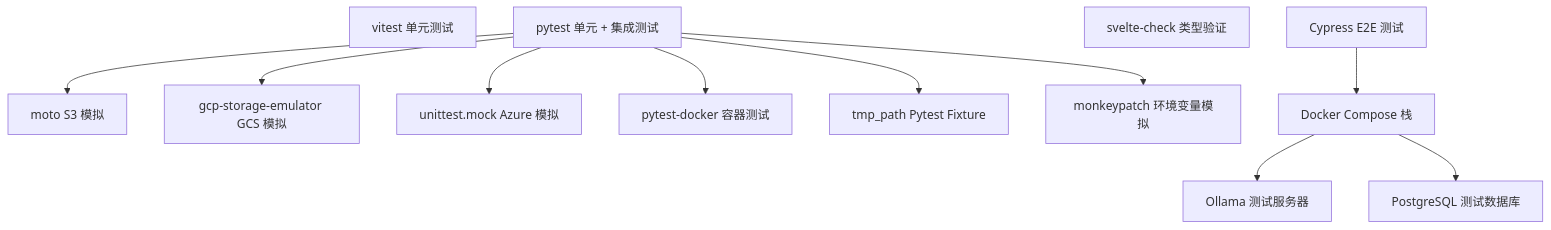
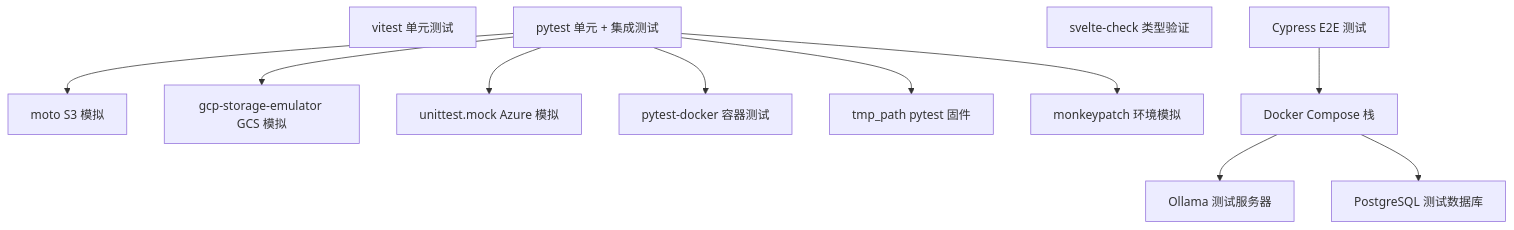
Before and after one commit to Chesszyh/Wiki: the second of 5 diagrams in tests/open-webui_deepwiki/zh/18-development-and-testing.md, drawn with Mermaid. The commit also changed other lines of this file and 234 other files, not shown here.

````diff
--- a/tests/open-webui_deepwiki/zh/18-development-and-testing.md
+++ b/tests/open-webui_deepwiki/zh/18-development-and-testing.md
@@ -117,26 +117,26 @@
 ```mermaid
 flowchart TD
     Vitest["vitest 单元测试"]
     Cypress["Cypress E2E 测试"]
     TypeCheck["svelte-check 类型验证"]
     Pytest["pytest 单元 + 集成测试"]
     MockAWS["moto S3 模拟"]
     MockGCS["gcp-storage-emulator GCS 模拟"]
     MockAzure["unittest.mock Azure 模拟"]
     PytestDocker["pytest-docker 容器测试"]
     ComposeStack["Docker Compose 栈"]
     OllamaTest["Ollama 测试服务器"]
     PostgresTest["PostgreSQL 测试数据库"]
-    TmpPath["tmp_path Pytest Fixture"]
-    Monkeypatch["monkeypatch 环境变量模拟"]
+    TmpPath["tmp_path pytest 固件"]
+    Monkeypatch["monkeypatch 环境模拟"]
 
     Pytest --> MockAWS
     Pytest --> MockGCS
     Pytest --> MockAzure
     Pytest --> PytestDocker
     Pytest --> TmpPath
     Pytest --> Monkeypatch
     Cypress --> ComposeStack
     ComposeStack --> OllamaTest
     ComposeStack --> PostgresTest
 ```
````
